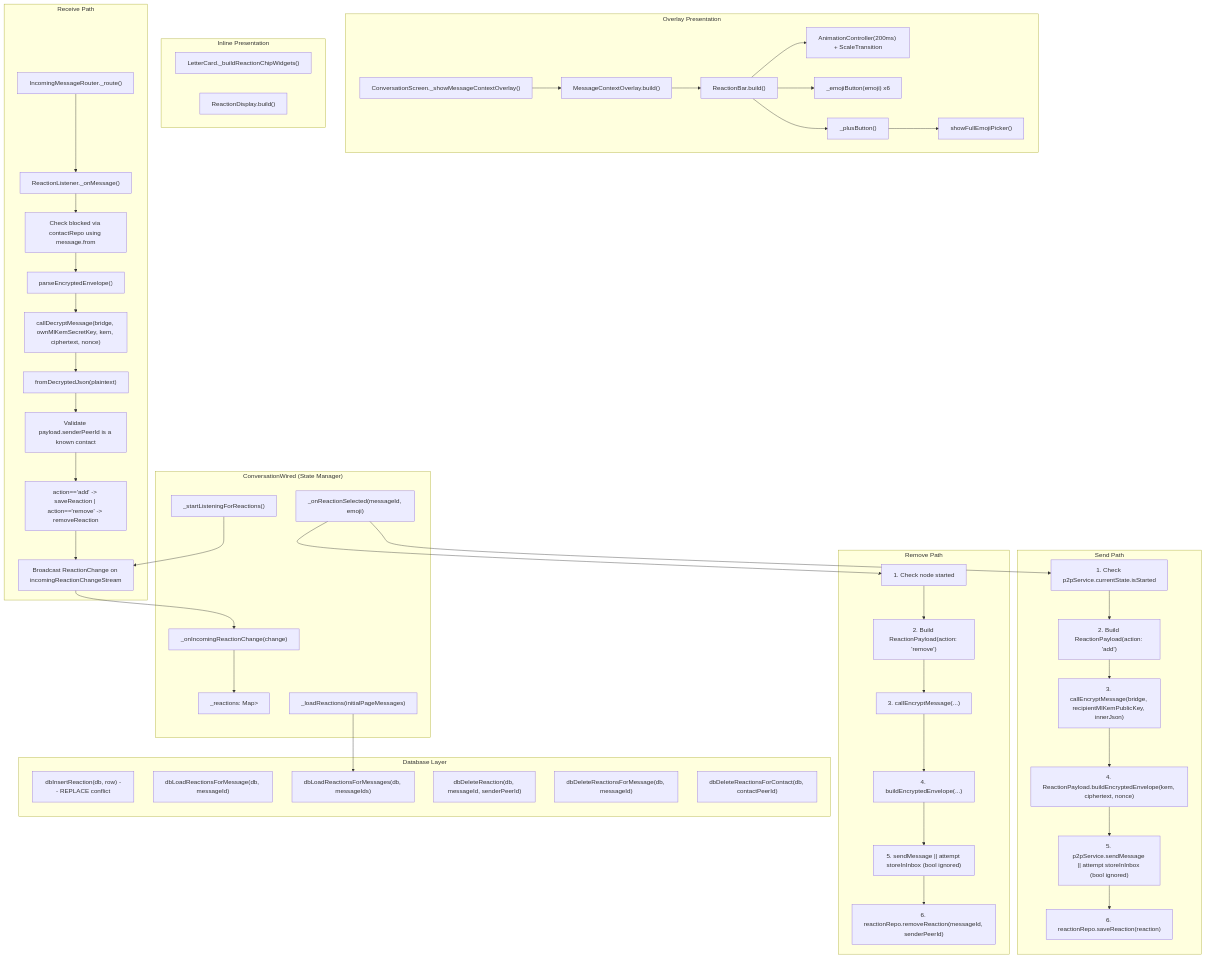
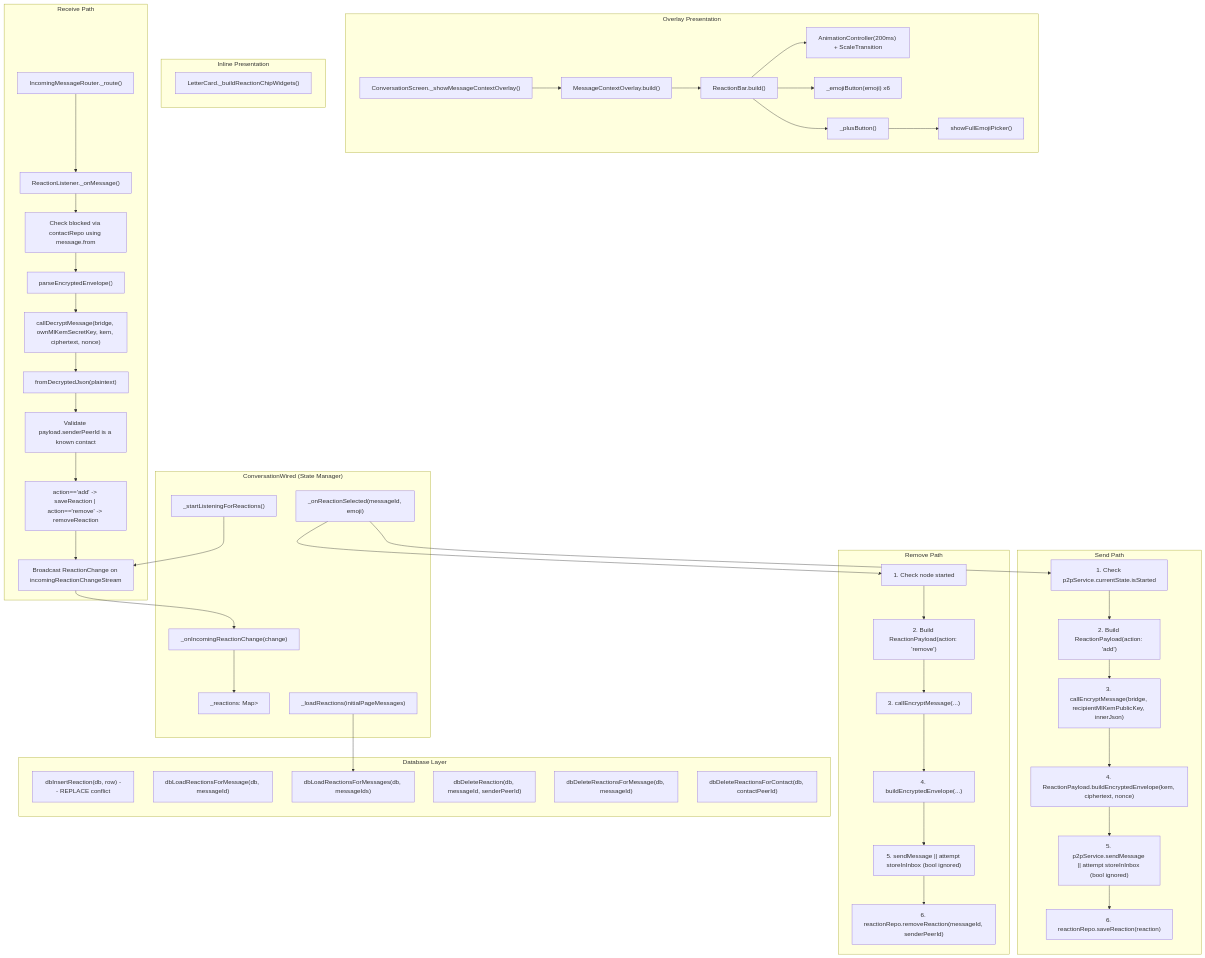
One commit to salehelsayed/flutter_app changed the third of 8 diagrams in Test-Flight-Improv/Message-Bubble-List-1_1-Feature/C4-Reactions.md. Above: the diagram before and after it, drawn with Mermaid. The commit also changed other lines of this file and 176 other files, not shown here.

````diff
--- a/Test-Flight-Improv/Message-Bubble-List-1_1-Feature/C4-Reactions.md
+++ b/Test-Flight-Improv/Message-Bubble-List-1_1-Feature/C4-Reactions.md
@@ -207,82 +210,81 @@
 ```mermaid
 graph TD
     subgraph "ConversationWired (State Manager)"
         CW_state["_reactions: Map<String, List<MessageReaction>>"]
         CW_onReaction["_onReactionSelected(messageId, emoji)"]
         CW_startListen["_startListeningForReactions()"]
         CW_loadReact["_loadReactions(initialPageMessages)"]
         CW_onIncoming["_onIncomingReactionChange(change)"]
     end
 
     subgraph "Overlay Presentation"
         CS_show["ConversationScreen._showMessageContextOverlay()"]
         MCO_build["MessageContextOverlay.build()"]
         RB_build["ReactionBar.build()"]
         RB_anim["AnimationController(200ms) + ScaleTransition"]
         RB_emoji["_emojiButton(emoji) x6"]
         RB_plus["_plusButton()"]
         FEP_show["showFullEmojiPicker()"]
     end
 
     subgraph "Inline Presentation"
         LC_chips["LetterCard._buildReactionChipWidgets()"]
-        RD_build["ReactionDisplay.build()"]
     end
 
     subgraph "Send Path"
         SR_check["1. Check p2pService.currentState.isStarted"]
         SR_payload["2. Build ReactionPayload(action: 'add')"]
         SR_encrypt["3. callEncryptMessage(bridge, recipientMlKemPublicKey, innerJson)"]
         SR_envelope["4. ReactionPayload.buildEncryptedEnvelope(kem, ciphertext, nonce)"]
         SR_send["5. p2pService.sendMessage || attempt storeInInbox (bool ignored)"]
         SR_persist["6. reactionRepo.saveReaction(reaction)"]
     end
 
     subgraph "Remove Path"
         RR_check["1. Check node started"]
         RR_payload["2. Build ReactionPayload(action: 'remove')"]
         RR_encrypt["3. callEncryptMessage(...)"]
         RR_envelope["4. buildEncryptedEnvelope(...)"]
         RR_send["5. sendMessage || attempt storeInInbox (bool ignored)"]
         RR_delete["6. reactionRepo.removeReaction(messageId, senderPeerId)"]
     end
 
     subgraph "Receive Path"
         IMR_route["IncomingMessageRouter._route()"]
         RL_onMsg["ReactionListener._onMessage()"]
         RL_block["Check blocked via contactRepo using message.from"]
         HIR_v2["parseEncryptedEnvelope()"]
         HIR_decrypt["callDecryptMessage(bridge, ownMlKemSecretKey, kem, ciphertext, nonce)"]
         HIR_parse["fromDecryptedJson(plaintext)"]
         HIR_validate["Validate payload.senderPeerId is a known contact"]
         HIR_action["action=='add' -> saveReaction | action=='remove' -> removeReaction"]
         RL_broadcast["Broadcast ReactionChange on incomingReactionChangeStream"]
     end
 
     subgraph "Database Layer"
         DB_insert["dbInsertReaction(db, row) -- REPLACE conflict"]
         DB_load["dbLoadReactionsForMessage(db, messageId)"]
         DB_load_batch["dbLoadReactionsForMessages(db, messageIds)"]
         DB_delete["dbDeleteReaction(db, messageId, senderPeerId)"]
         DB_delete_msg["dbDeleteReactionsForMessage(db, messageId)"]
         DB_delete_contact["dbDeleteReactionsForContact(db, contactPeerId)"]
     end
 
     CW_onReaction --> SR_check
     CW_onReaction --> RR_check
     CW_startListen --> RL_broadcast
     CW_loadReact --> DB_load_batch
 
     CS_show --> MCO_build
     MCO_build --> RB_build
     RB_build --> RB_anim
     RB_build --> RB_emoji
     RB_build --> RB_plus
     RB_plus --> FEP_show
 
     SR_check --> SR_payload --> SR_encrypt --> SR_envelope --> SR_send --> SR_persist
     RR_check --> RR_payload --> RR_encrypt --> RR_envelope --> RR_send --> RR_delete
 
     IMR_route --> RL_onMsg --> RL_block --> HIR_v2 --> HIR_decrypt --> HIR_parse --> HIR_validate --> HIR_action --> RL_broadcast
     RL_broadcast --> CW_onIncoming --> CW_state
 ```
````
